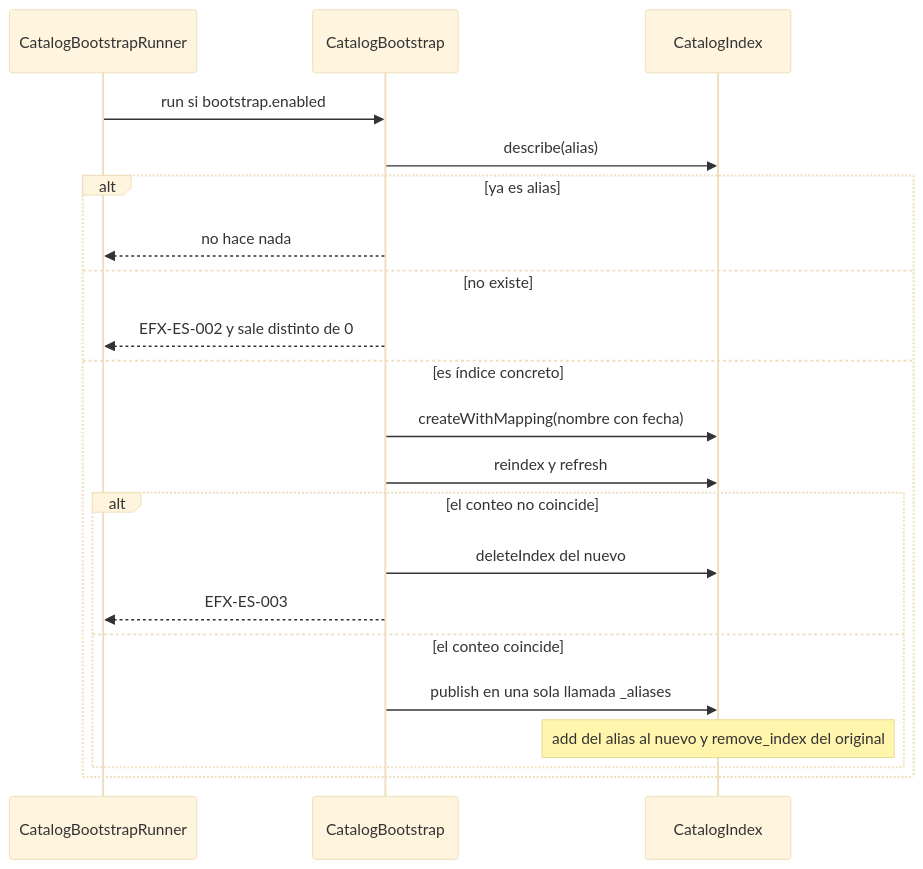
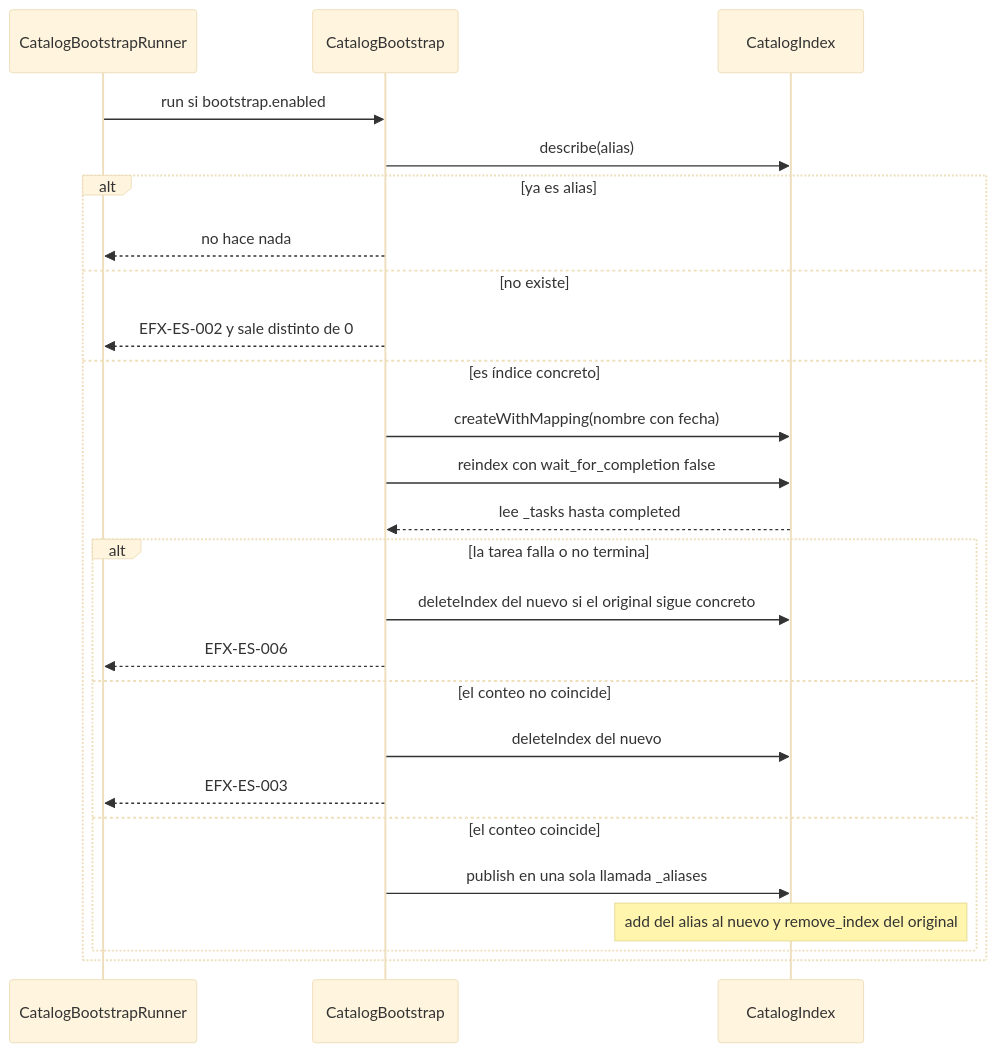
Before and after one commit to bigfito/elastiflix-reloaded: the third of 3 diagrams in docs/diseno/1.md, drawn with Mermaid (base theme). The commit also changed other lines of this file and 21 other files, not shown here.

````diff
--- a/docs/diseno/1.md
+++ b/docs/diseno/1.md
@@ -128,24 +129,28 @@
 ```mermaid
 sequenceDiagram
   participant Run as CatalogBootstrapRunner
   participant Boot as CatalogBootstrap
   participant Cat as CatalogIndex
 
   Run->>Boot: run si bootstrap.enabled
   Boot->>Cat: describe(alias)
   alt ya es alias
     Boot-->>Run: no hace nada
   else no existe
     Boot-->>Run: EFX-ES-002 y sale distinto de 0
   else es índice concreto
     Boot->>Cat: createWithMapping(nombre con fecha)
-    Boot->>Cat: reindex y refresh
-    alt el conteo no coincide
+    Boot->>Cat: reindex con wait_for_completion false
+    Cat-->>Boot: lee _tasks hasta completed
+    alt la tarea falla o no termina
+      Boot->>Cat: deleteIndex del nuevo si el original sigue concreto
+      Boot-->>Run: EFX-ES-006
+    else el conteo no coincide
       Boot->>Cat: deleteIndex del nuevo
       Boot-->>Run: EFX-ES-003
     else el conteo coincide
       Boot->>Cat: publish en una sola llamada _aliases
       Note over Cat: add del alias al nuevo y remove_index del original
     end
   end
 ```
````
